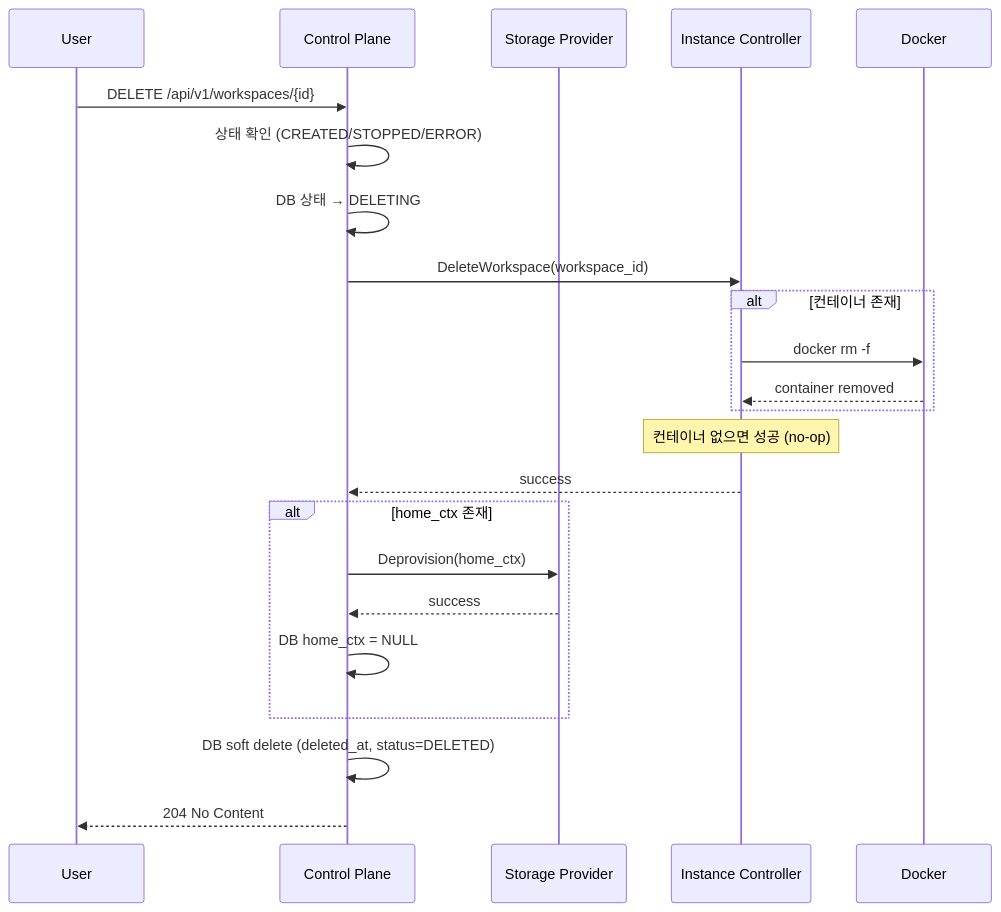
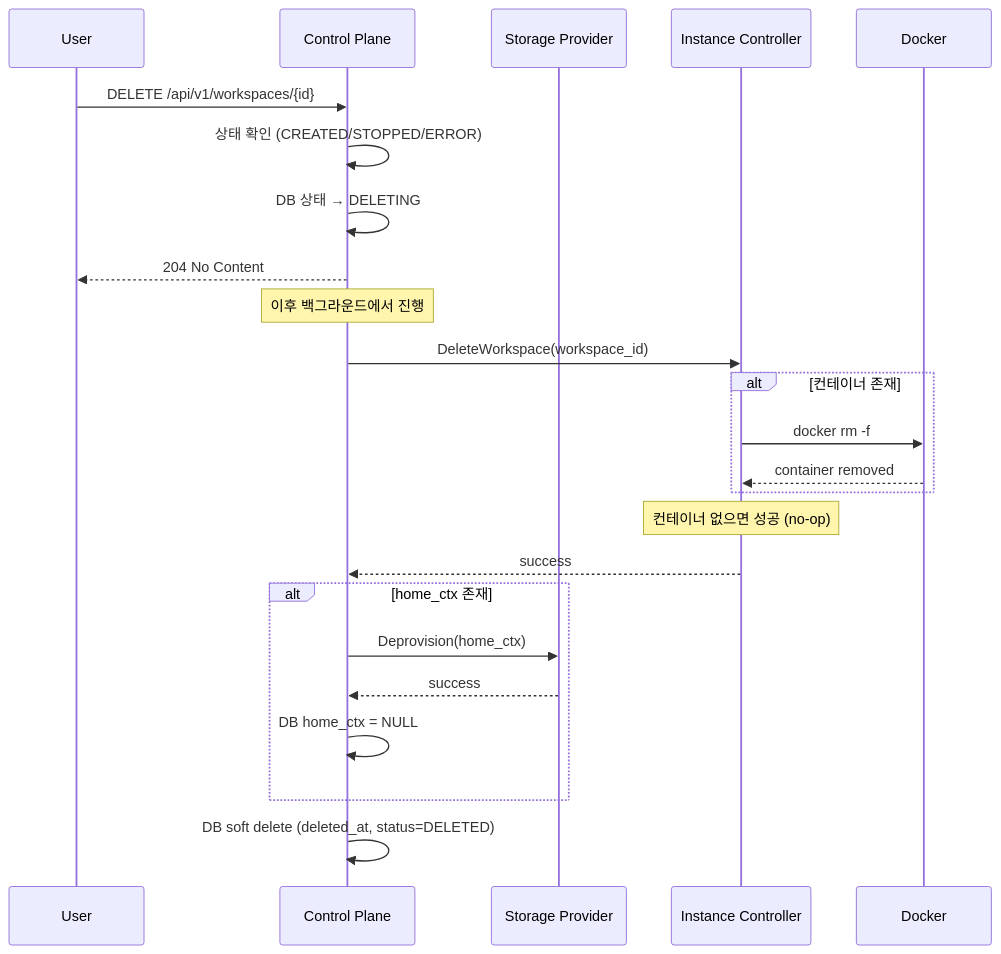
The sixth of 12 diagrams in docs/architecture.md (cagojeiger/code-hub), drawn with Mermaid before and after one commit. The commit also changed other lines of this file and 1 other file, not shown here.

````diff
--- a/docs/architecture.md
+++ b/docs/architecture.md
@@ -171,32 +173,34 @@
 ```mermaid
 sequenceDiagram
     participant U as User
     participant CP as Control Plane
     participant SP as Storage Provider
     participant IC as Instance Controller
     participant D as Docker
 
     U->>CP: DELETE /api/v1/workspaces/{id}
     CP->>CP: 상태 확인 (CREATED/STOPPED/ERROR)
     CP->>CP: DB 상태 → DELETING
+    CP-->>U: 204 No Content
+
+    Note over CP: 이후 백그라운드에서 진행
 
     CP->>IC: DeleteWorkspace(workspace_id)
 
     alt 컨테이너 존재
         IC->>D: docker rm -f
         D-->>IC: container removed
     end
 
     Note over IC: 컨테이너 없으면 성공 (no-op)
 
     IC-->>CP: success
 
     alt home_ctx 존재
         CP->>SP: Deprovision(home_ctx)
         SP-->>CP: success
         CP->>CP: DB home_ctx = NULL
     end
 
     CP->>CP: DB soft delete (deleted_at, status=DELETED)
-    CP-->>U: 204 No Content
 ```
````
